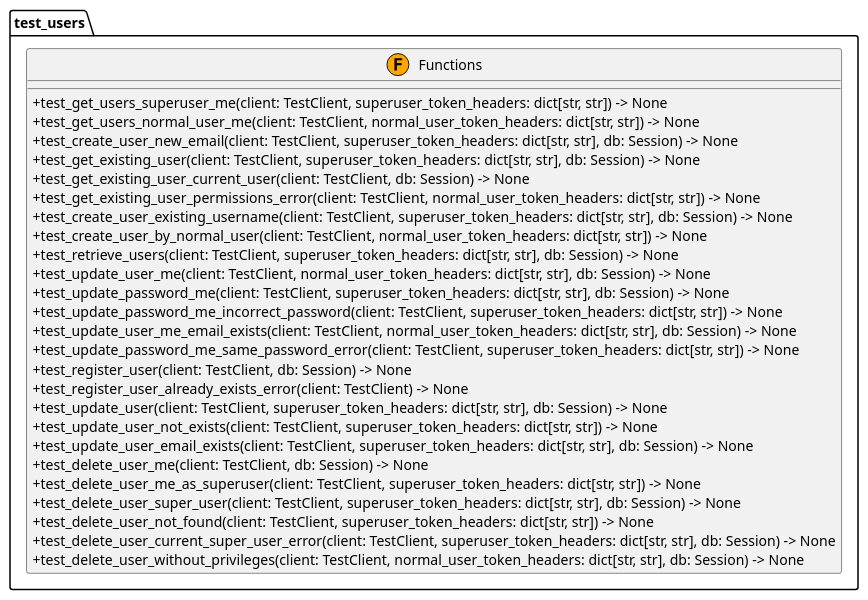
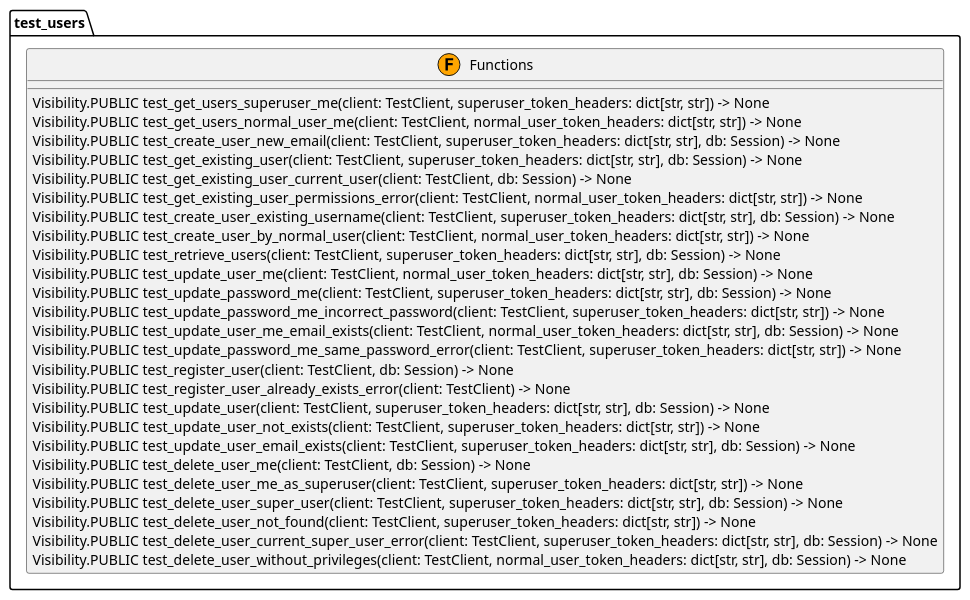
Before and after one commit to jswans33/my-full-stack-fastapi-template: the diagram in docs/source/_generated_uml/test_users.puml, drawn with PlantUML. The commit also changed 62 other files, not shown here.

Commit message:
Add UML generator module and update visibility for functions in UML diagrams

```diff
--- a/docs/source/_generated_uml/test_users.puml
+++ b/docs/source/_generated_uml/test_users.puml
@@ -1,35 +1,35 @@
 @startuml
 skinparam classAttributeIconSize 0
 
 package "test_users" {
   class Functions <<(F,orange)>> {
-    + test_get_users_superuser_me(client: TestClient, superuser_token_headers: dict[str, str]) -> None
-    + test_get_users_normal_user_me(client: TestClient, normal_user_token_headers: dict[str, str]) -> None
-    + test_create_user_new_email(client: TestClient, superuser_token_headers: dict[str, str], db: Session) -> None
-    + test_get_existing_user(client: TestClient, superuser_token_headers: dict[str, str], db: Session) -> None
-    + test_get_existing_user_current_user(client: TestClient, db: Session) -> None
-    + test_get_existing_user_permissions_error(client: TestClient, normal_user_token_headers: dict[str, str]) -> None
-    + test_create_user_existing_username(client: TestClient, superuser_token_headers: dict[str, str], db: Session) -> None
-    + test_create_user_by_normal_user(client: TestClient, normal_user_token_headers: dict[str, str]) -> None
-    + test_retrieve_users(client: TestClient, superuser_token_headers: dict[str, str], db: Session) -> None
-    + test_update_user_me(client: TestClient, normal_user_token_headers: dict[str, str], db: Session) -> None
-    + test_update_password_me(client: TestClient, superuser_token_headers: dict[str, str], db: Session) -> None
-    + test_update_password_me_incorrect_password(client: TestClient, superuser_token_headers: dict[str, str]) -> None
-    + test_update_user_me_email_exists(client: TestClient, normal_user_token_headers: dict[str, str], db: Session) -> None
-    + test_update_password_me_same_password_error(client: TestClient, superuser_token_headers: dict[str, str]) -> None
-    + test_register_user(client: TestClient, db: Session) -> None
-    + test_register_user_already_exists_error(client: TestClient) -> None
-    + test_update_user(client: TestClient, superuser_token_headers: dict[str, str], db: Session) -> None
-    + test_update_user_not_exists(client: TestClient, superuser_token_headers: dict[str, str]) -> None
-    + test_update_user_email_exists(client: TestClient, superuser_token_headers: dict[str, str], db: Session) -> None
-    + test_delete_user_me(client: TestClient, db: Session) -> None
-    + test_delete_user_me_as_superuser(client: TestClient, superuser_token_headers: dict[str, str]) -> None
-    + test_delete_user_super_user(client: TestClient, superuser_token_headers: dict[str, str], db: Session) -> None
-    + test_delete_user_not_found(client: TestClient, superuser_token_headers: dict[str, str]) -> None
-    + test_delete_user_current_super_user_error(client: TestClient, superuser_token_headers: dict[str, str], db: Session) -> None
-    + test_delete_user_without_privileges(client: TestClient, normal_user_token_headers: dict[str, str], db: Session) -> None
+    Visibility.PUBLIC test_get_users_superuser_me(client: TestClient, superuser_token_headers: dict[str, str]) -> None
+    Visibility.PUBLIC test_get_users_normal_user_me(client: TestClient, normal_user_token_headers: dict[str, str]) -> None
+    Visibility.PUBLIC test_create_user_new_email(client: TestClient, superuser_token_headers: dict[str, str], db: Session) -> None
+    Visibility.PUBLIC test_get_existing_user(client: TestClient, superuser_token_headers: dict[str, str], db: Session) -> None
+    Visibility.PUBLIC test_get_existing_user_current_user(client: TestClient, db: Session) -> None
+    Visibility.PUBLIC test_get_existing_user_permissions_error(client: TestClient, normal_user_token_headers: dict[str, str]) -> None
+    Visibility.PUBLIC test_create_user_existing_username(client: TestClient, superuser_token_headers: dict[str, str], db: Session) -> None
+    Visibility.PUBLIC test_create_user_by_normal_user(client: TestClient, normal_user_token_headers: dict[str, str]) -> None
+    Visibility.PUBLIC test_retrieve_users(client: TestClient, superuser_token_headers: dict[str, str], db: Session) -> None
+    Visibility.PUBLIC test_update_user_me(client: TestClient, normal_user_token_headers: dict[str, str], db: Session) -> None
+    Visibility.PUBLIC test_update_password_me(client: TestClient, superuser_token_headers: dict[str, str], db: Session) -> None
+    Visibility.PUBLIC test_update_password_me_incorrect_password(client: TestClient, superuser_token_headers: dict[str, str]) -> None
+    Visibility.PUBLIC test_update_user_me_email_exists(client: TestClient, normal_user_token_headers: dict[str, str], db: Session) -> None
+    Visibility.PUBLIC test_update_password_me_same_password_error(client: TestClient, superuser_token_headers: dict[str, str]) -> None
+    Visibility.PUBLIC test_register_user(client: TestClient, db: Session) -> None
+    Visibility.PUBLIC test_register_user_already_exists_error(client: TestClient) -> None
+    Visibility.PUBLIC test_update_user(client: TestClient, superuser_token_headers: dict[str, str], db: Session) -> None
+    Visibility.PUBLIC test_update_user_not_exists(client: TestClient, superuser_token_headers: dict[str, str]) -> None
+    Visibility.PUBLIC test_update_user_email_exists(client: TestClient, superuser_token_headers: dict[str, str], db: Session) -> None
+    Visibility.PUBLIC test_delete_user_me(client: TestClient, db: Session) -> None
+    Visibility.PUBLIC test_delete_user_me_as_superuser(client: TestClient, superuser_token_headers: dict[str, str]) -> None
+    Visibility.PUBLIC test_delete_user_super_user(client: TestClient, superuser_token_headers: dict[str, str], db: Session) -> None
+    Visibility.PUBLIC test_delete_user_not_found(client: TestClient, superuser_token_headers: dict[str, str]) -> None
+    Visibility.PUBLIC test_delete_user_current_super_user_error(client: TestClient, superuser_token_headers: dict[str, str], db: Session) -> None
+    Visibility.PUBLIC test_delete_user_without_privileges(client: TestClient, normal_user_token_headers: dict[str, str], db: Session) -> None
   }
 }
 
 ' Relationships
 @enduml
```
